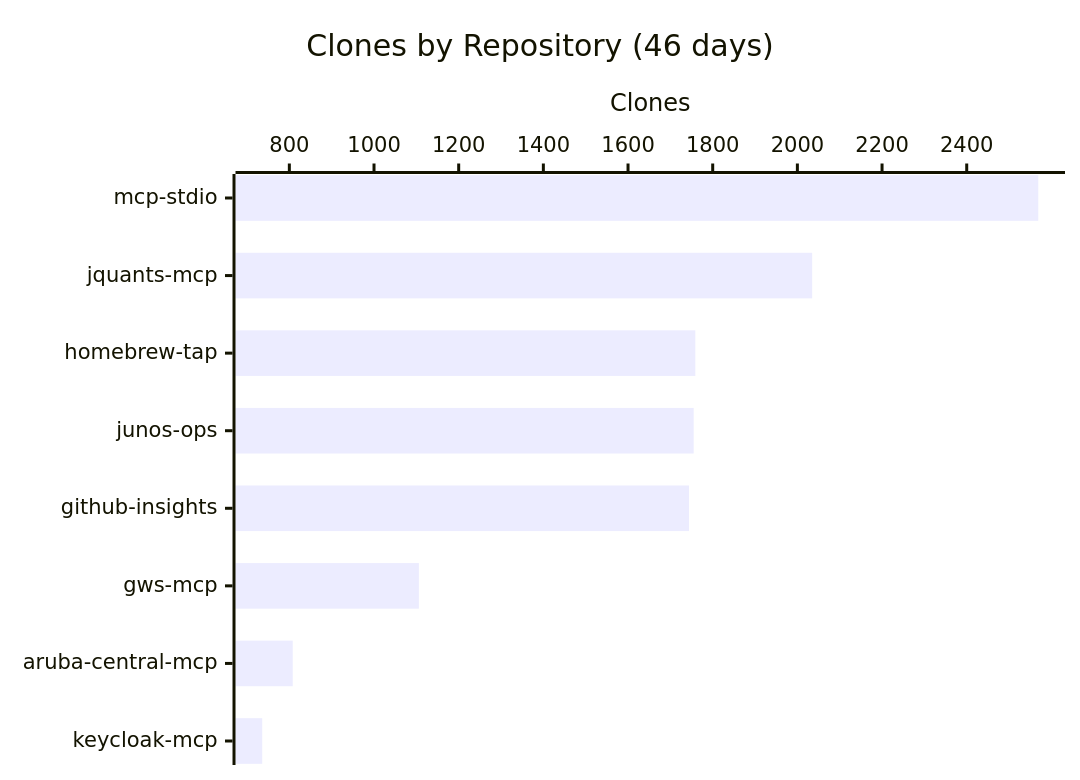
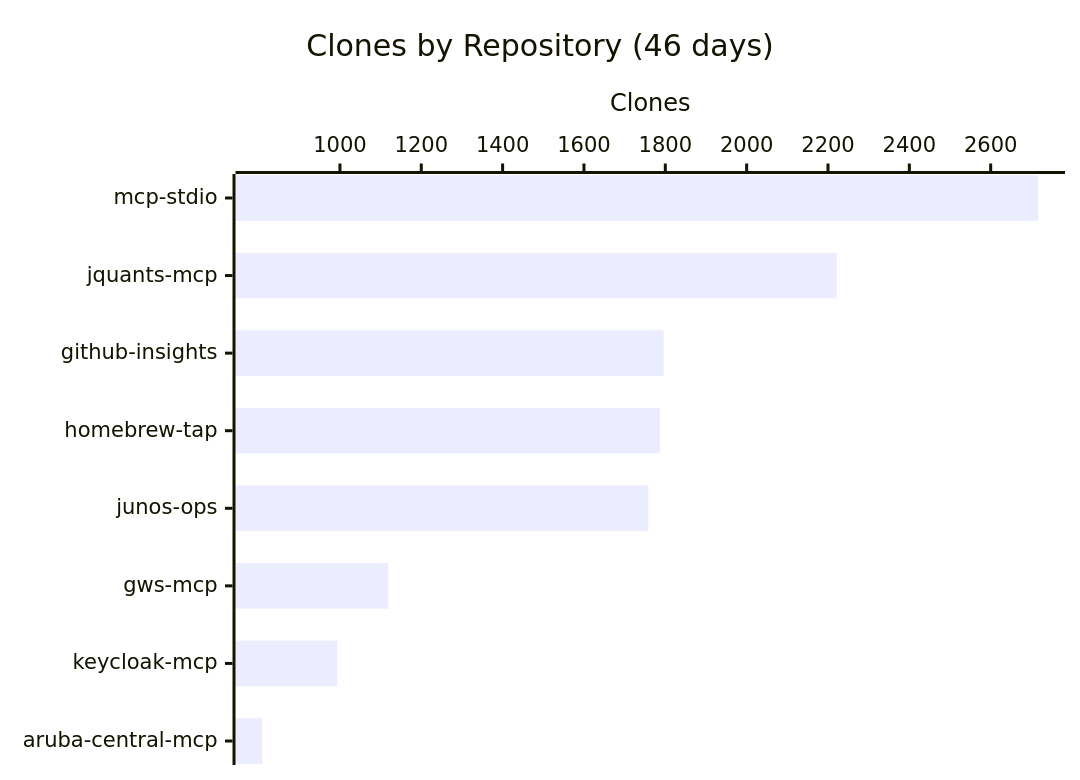
Before and after one commit to shigechika/github-insights: the third of 3 diagrams in README.md, drawn with Mermaid. The commit also changed other lines of this file and 2 other files, not shown here.

````diff
--- a/README.md
+++ b/README.md
@@ -38,7 +38,7 @@
 ```mermaid
 xychart-beta horizontal
     title "Clones by Repository (46 days)"
-    x-axis ["mcp-stdio", "jquants-mcp", "homebrew-tap", "junos-ops", "github-insights", "gws-mcp", "aruba-central-mcp", "keycloak-mcp"]
+    x-axis ["mcp-stdio", "jquants-mcp", "github-insights", "homebrew-tap", "junos-ops", "gws-mcp", "keycloak-mcp", "aruba-central-mcp"]
     y-axis "Clones"
-    bar [2569, 2035, 1759, 1755, 1744, 1106, 808, 736]
+    bar [2717, 2221, 1796, 1787, 1758, 1119, 993, 809]
 ```
````
